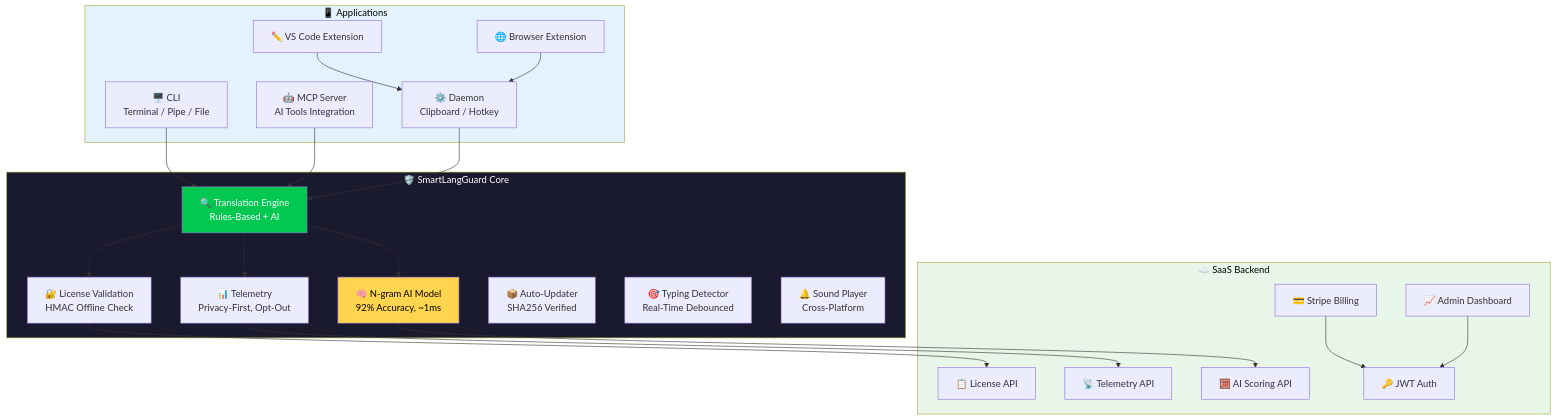
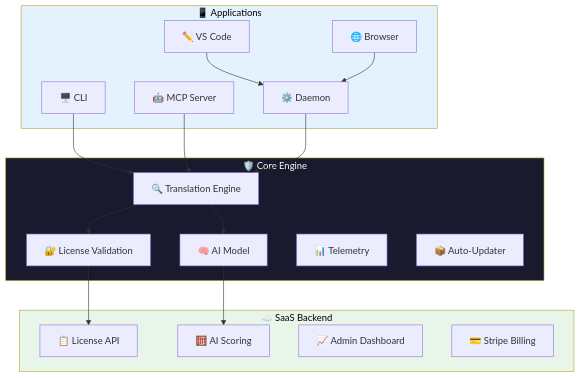
Before and after one commit to ahmdelbaz28-ux/rewrite: the sixth of 9 diagrams in README.md, drawn with Mermaid. The commit also changed other lines of this file, not shown here.

````diff
--- a/README.md
+++ b/README.md
@@ -894,52 +1308,39 @@
 ```mermaid
 flowchart TB
     subgraph APPS[📱 Applications]
-        CLI[🖥️ CLI<br/>Terminal / Pipe / File]
-        MCP[🤖 MCP Server<br/>AI Tools Integration]
-        DMN[⚙️ Daemon<br/>Clipboard / Hotkey]
-        VSC[✏️ VS Code Extension]
-        BRW[🌐 Browser Extension]
+        CLI[🖥️ CLI]
+        MCP[🤖 MCP Server]
+        DMN[⚙️ Daemon]
+        VSC[✏️ VS Code]
+        BRW[🌐 Browser]
     end
     
-    subgraph CORE[🛡️ SmartLangGuard Core]
-        TE[🔍 Translation Engine<br/>Rules-Based + AI]
-        AI[🧠 N-gram AI Model<br/>92% Accuracy, ~1ms]
-        LV[🔐 License Validation<br/>HMAC Offline Check]
-        TA[📊 Telemetry<br/>Privacy-First, Opt-Out]
-        AU[📦 Auto-Updater<br/>SHA256 Verified]
-        TD[🎯 Typing Detector<br/>Real-Time Debounced]
-        SP[🔔 Sound Player<br/>Cross-Platform]
+    subgraph CORE[🛡️ Core Engine]
+        TE[🔍 Translation Engine]
+        AI[🧠 AI Model]
+        LV[🔐 License Validation]
+        TA[📊 Telemetry]
+        AU[📦 Auto-Updater]
     end
     
     subgraph SAAS[☁️ SaaS Backend]
         LA[📋 License API]
-        TEA[📡 Telemetry API]
-        ASA[🧮 AI Scoring API]
+        ASA[🧮 AI Scoring]
         AD[📈 Admin Dashboard]
         SB[💳 Stripe Billing]
-        AUTH[🔑 JWT Auth]
     end
     
     CLI --> TE
     MCP --> TE
     DMN --> TE
     VSC --> DMN
     BRW --> DMN
-    
     TE --> AI
     TE --> LV
-    TE --> TA
-    
     LV --> LA
-    TA --> TEA
     AI --> ASA
-    
-    SB --> AUTH
-    AD --> AUTH
     
     style CORE fill:#1a1a2e,color:#fff
     style APPS fill:#e3f2fd,color:#000
     style SAAS fill:#e8f5e9,color:#000
-    style AI fill:#ffd54f,color:#000
-    style TE fill:#00c851,color:#fff
 ```
````
